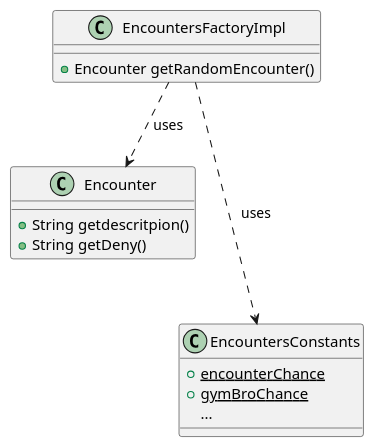
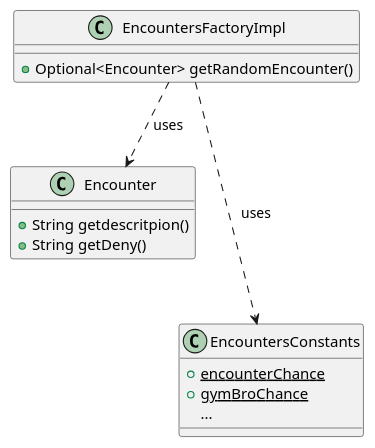
One commit to Lucaaa31/OOP23-gym-life changed the diagram in src/main/java/Encounters.puml. Above: the diagram before and after it, drawn with PlantUML. The commit also changed 18 other files, not shown here.

```diff
--- a/src/main/java/Encounters.puml
+++ b/src/main/java/Encounters.puml
@@ -1,19 +1,19 @@
 @startuml
 EncountersFactoryImpl  ..> Encounter : uses
 EncountersFactoryImpl  ...> EncountersConstants : uses
 
 class Encounter {
     + String getdescritpion()
     + String getDeny()
 }
 
 class EncountersFactoryImpl {
-    + Encounter getRandomEncounter()
+    + Optional<Encounter> getRandomEncounter()
 }
 
 class EncountersConstants {
     + {static}encounterChance
     + {static}gymBroChance
     ...
 }
 @enduml
```
